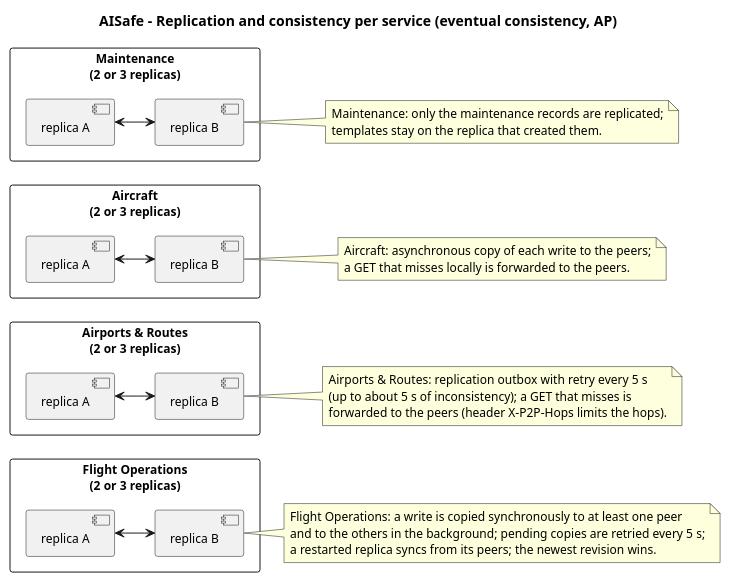
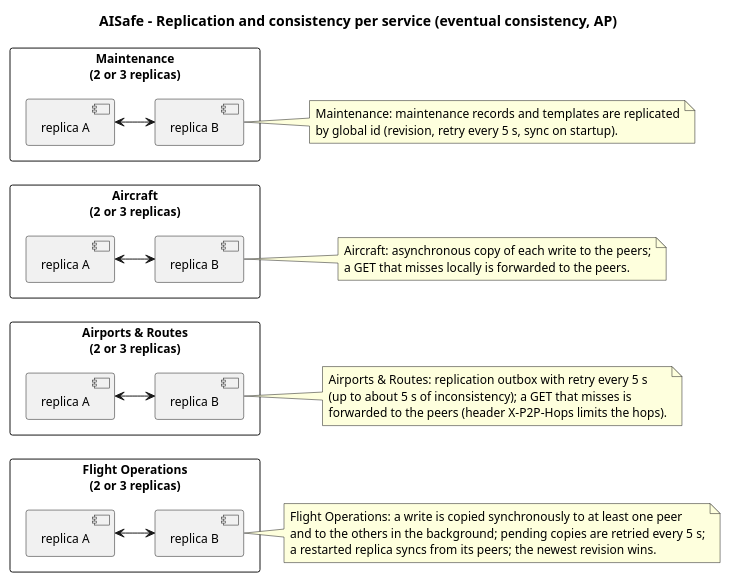
The diagram in docs/SIDIS/replication-overview.puml (anamartasilvaa/SIDIG_AI_Safe), drawn with PlantUML before and after one commit. The commit also changed 2 other files, not shown here.

```diff
--- a/docs/SIDIS/replication-overview.puml
+++ b/docs/SIDIS/replication-overview.puml
@@ -1,51 +1,50 @@
 @startuml replication-overview
 title AISafe - Replication and consistency per service (eventual consistency, AP)
 skinparam shadowing false
 skinparam defaultFontSize 12
 skinparam packageStyle rectangle
 skinparam nodesep 60
 skinparam ranksep 40
 left to right direction
 
 rectangle "Flight Operations\n(2 or 3 replicas)" as FO {
   component "replica A" as FA
   component "replica B" as FB
 }
 rectangle "Airports & Routes\n(2 or 3 replicas)" as AR {
   component "replica A" as RA
   component "replica B" as RB
 }
 rectangle "Aircraft\n(2 or 3 replicas)" as AC {
   component "replica A" as CA
   component "replica B" as CB
 }
 rectangle "Maintenance\n(2 or 3 replicas)" as MT {
   component "replica A" as MA
   component "replica B" as MB
 }
 
 FA <--> FB
 RA <--> RB
 CA <--> CB
 MA <--> MB
 
 note right of FB
   Flight Operations: a write is copied synchronously to at least one peer
   and to the others in the background; pending copies are retried every 5 s;
   a restarted replica syncs from its peers; the newest revision wins.
 end note
 note right of RB
   Airports & Routes: replication outbox with retry every 5 s
   (up to about 5 s of inconsistency); a GET that misses is
   forwarded to the peers (header X-P2P-Hops limits the hops).
 end note
 note right of CB
   Aircraft: asynchronous copy of each write to the peers;
   a GET that misses locally is forwarded to the peers.
 end note
 note right of MB
-  Maintenance: only the maintenance records are replicated;
-  templates stay on the replica that created them.
+  Maintenance: maintenance records and templates are replicated
+  by global id (revision, retry every 5 s, sync on startup).
 end note
-
 @enduml
```
